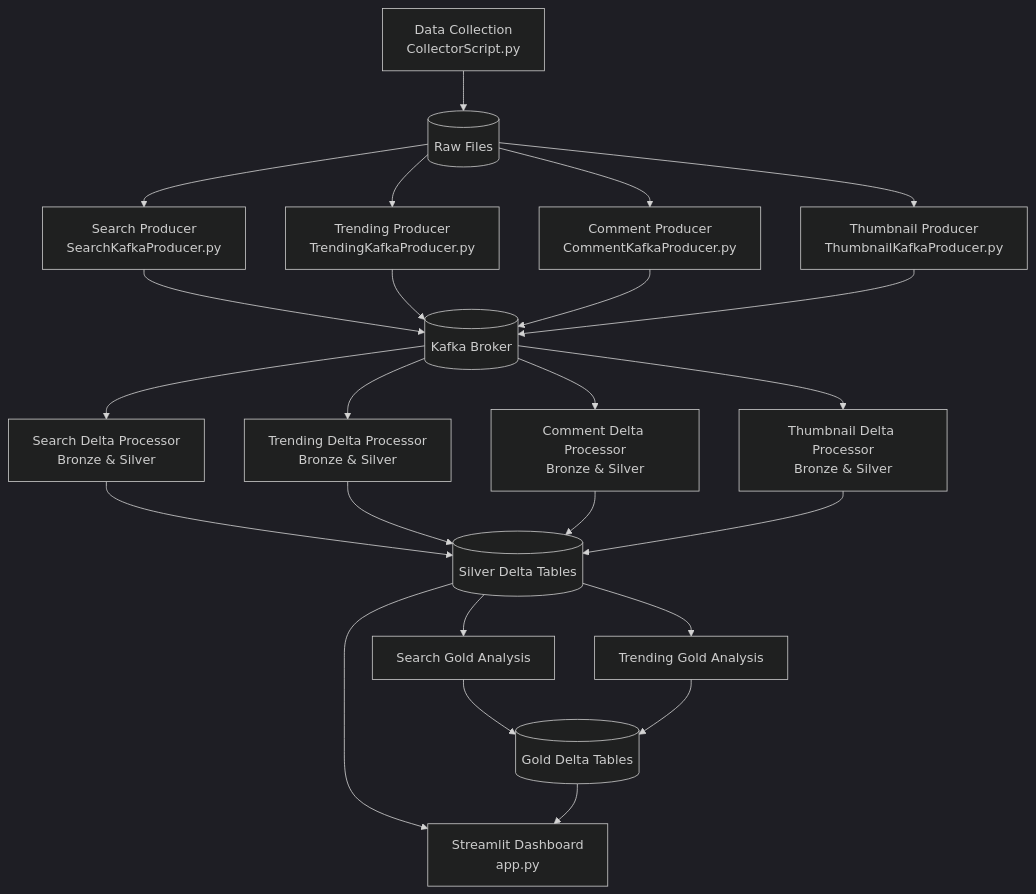
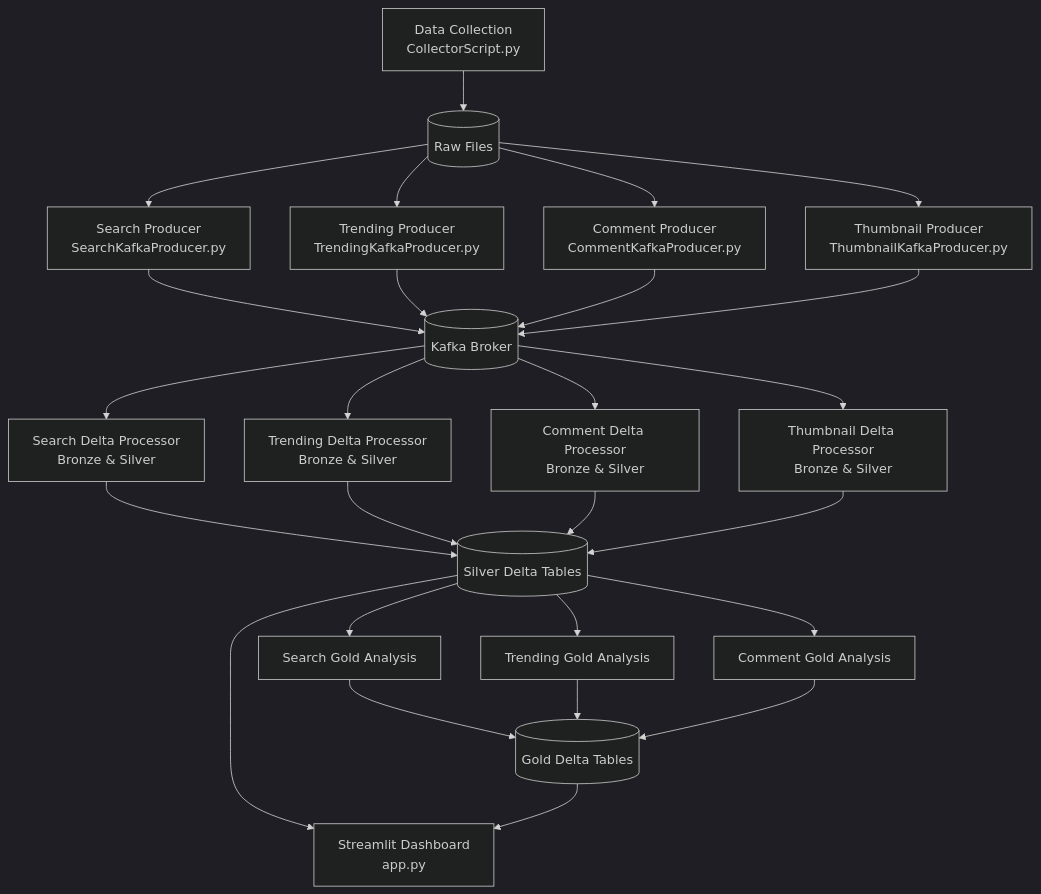
The diagram in README.md (KayG2310/youtube-dashboard), drawn with Mermaid (dark theme) before and after one commit. The commit also changed other lines of this file and 3 other files, not shown here.

Commit message:
added gold delta table for comments and updated readme

````diff
--- a/README.md
+++ b/README.md
@@ -3,33 +3,35 @@
 ```mermaid
 flowchart TD
     Col[Data Collection\nCollectorScript.py] --> RawDir[(Raw Files)]
     
     RawDir --> SProd[Search Producer\nSearchKafkaProducer.py]
     RawDir --> TProd[Trending Producer\nTrendingKafkaProducer.py]
     RawDir --> CProd[Comment Producer\nCommentKafkaProducer.py]
     RawDir --> ThProd[Thumbnail Producer\nThumbnailKafkaProducer.py]
     
     SProd --> Kafka[(Kafka Broker)]
     TProd --> Kafka
     CProd --> Kafka
     ThProd --> Kafka
     
     Kafka --> SDelta[Search Delta Processor\nBronze & Silver]
     Kafka --> TDelta[Trending Delta Processor\nBronze & Silver]
     Kafka --> CDelta[Comment Delta Processor\nBronze & Silver]
     Kafka --> ThDelta[Thumbnail Delta Processor\nBronze & Silver]
     
     SDelta --> DeltaDir[(Silver Delta Tables)]
     TDelta --> DeltaDir
     CDelta --> DeltaDir
     ThDelta --> DeltaDir
     
     DeltaDir --> SGold[Search Gold Analysis]
     DeltaDir --> TGold[Trending Gold Analysis]
+    DeltaDir --> CGold[Comment Gold Analysis]
     
     SGold --> GoldDir[(Gold Delta Tables)]
     TGold --> GoldDir
+    CGold --> GoldDir
     
     DeltaDir --> Dash[Streamlit Dashboard\napp.py]
     GoldDir --> Dash
 ```
````
